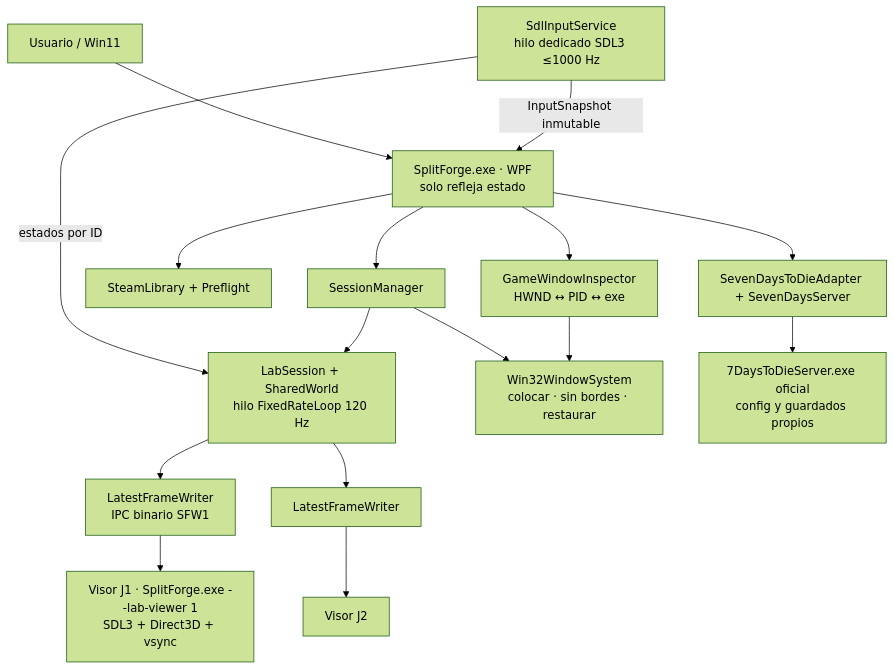
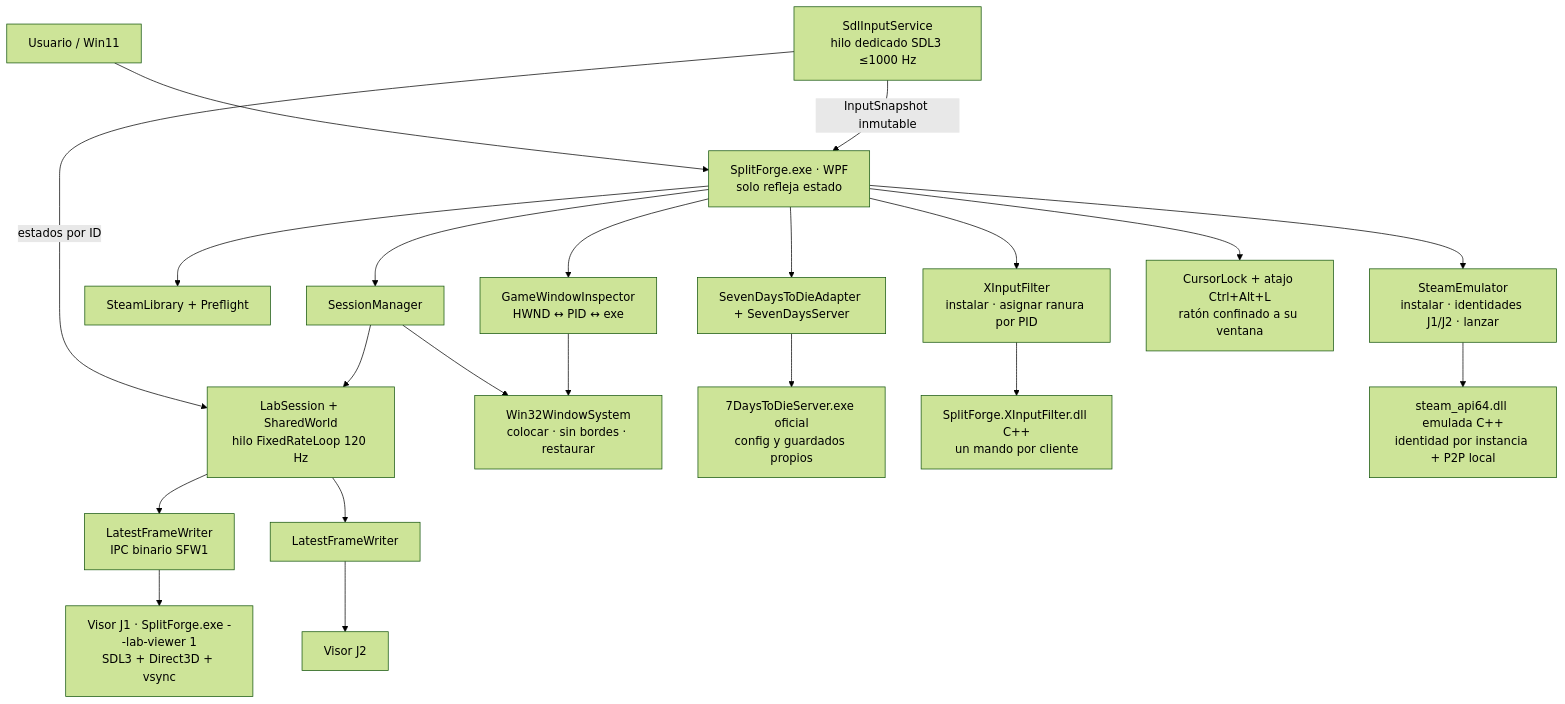
One commit to FaberGomezDev/SplitForge changed the first of 2 diagrams in docs/02-ARQUITECTURA.md. Above: the diagram before and after it, drawn with Mermaid (forest theme). The commit also changed other lines of this file and 31 other files, not shown here.

````diff
--- a/docs/02-ARQUITECTURA.md
+++ b/docs/02-ARQUITECTURA.md
@@ -7,18 +7,23 @@
 ```mermaid
 flowchart TB
     USER[Usuario / Win11] --> UI[SplitForge.exe · WPF\nsolo refleja estado]
     INPUT[SdlInputService\nhilo dedicado SDL3 ≤1000 Hz] -->|InputSnapshot inmutable| UI
     INPUT -->|estados por ID| LAB
     UI --> SESS[SessionManager]
     SESS --> LAB[LabSession + SharedWorld\nhilo FixedRateLoop 120 Hz]
     LAB --> W1[LatestFrameWriter\nIPC binario SFW1]
     LAB --> W2[LatestFrameWriter]
     W1 --> V1[Visor J1 · SplitForge.exe --lab-viewer 1\nSDL3 + Direct3D + vsync]
     W2 --> V2[Visor J2]
     SESS --> WIN[Win32WindowSystem\ncolocar · sin bordes · restaurar]
     UI --> STEAM[SteamLibrary + Preflight]
     UI --> INSPECT[GameWindowInspector\nHWND ↔ PID ↔ exe]
     UI --> ADAPT[SevenDaysToDieAdapter + SevenDaysServer]
     ADAPT --> SRV[7DaysToDieServer.exe oficial\nconfig y guardados propios]
     INSPECT --> WIN
+    UI --> FILTER[XInputFilter\ninstalar · asignar ranura por PID]
+    FILTER --> XDLL[SplitForge.XInputFilter.dll C++\nun mando por cliente]
+    UI --> EMU[SteamEmulator\ninstalar · identidades J1/J2 · lanzar]
+    EMU --> EDLL[steam_api64.dll emulada C++\nidentidad por instancia + P2P local]
+    UI --> LOCK[CursorLock + atajo Ctrl+Alt+L\nratón confinado a su ventana]
 ```
````
